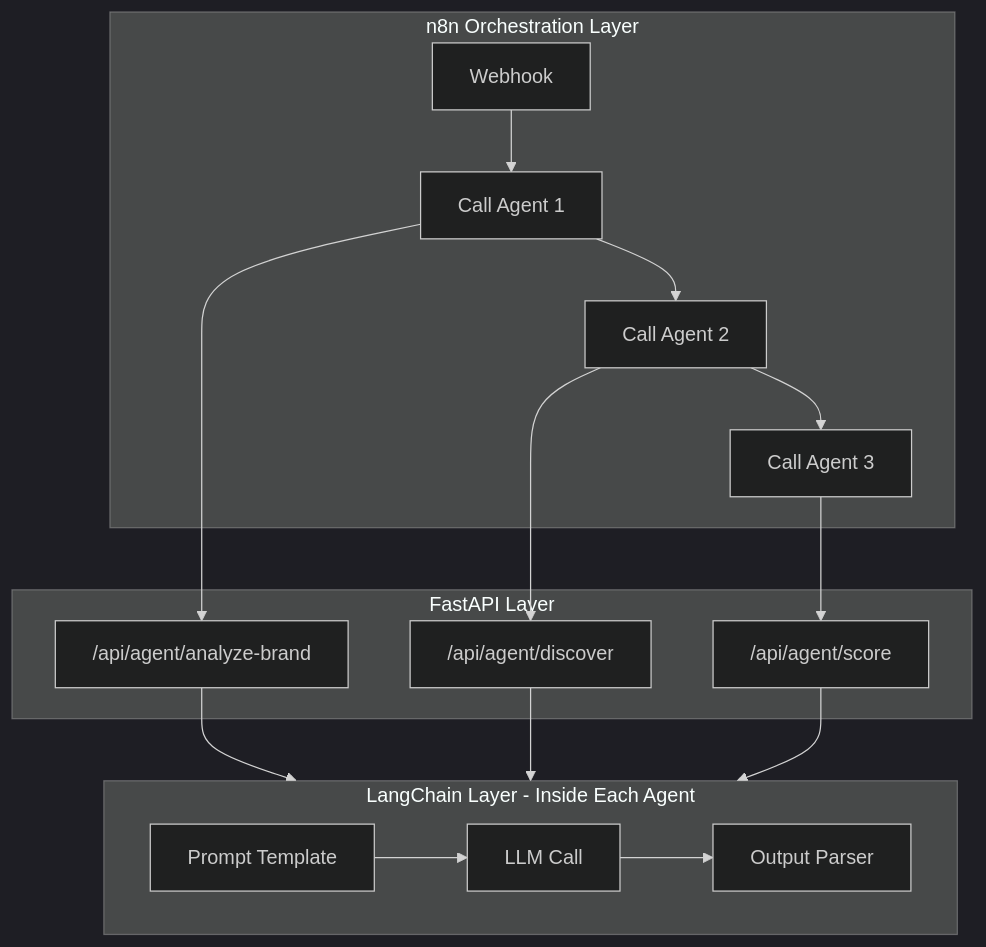
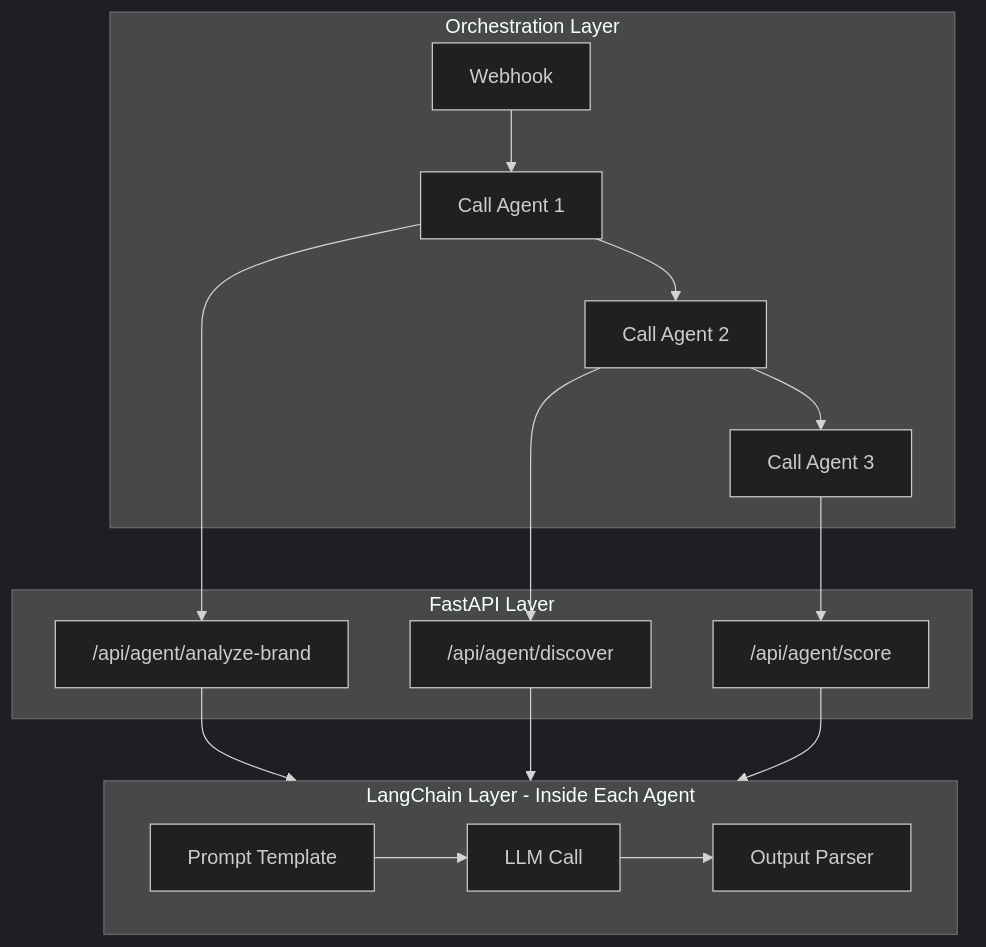
The third of 4 diagrams in docs/Agents_Documentation.md (ela-ravi/modern-partner-scout), drawn with Mermaid (dark theme) before and after one commit. The commit also changed other lines of this file and 44 other files, not shown here.

First line of the commit message:
refactor: Remove n8n dependency, use internal orchestration pipeline directly

````diff
--- a/docs/Agents_Documentation.md
+++ b/docs/Agents_Documentation.md
@@ -561,28 +559,28 @@
 ```mermaid
 flowchart TB
-    subgraph n8n [n8n Orchestration Layer]
+    subgraph pipeline [Orchestration Layer]
         W[Webhook] --> A[Call Agent 1]
         A --> B[Call Agent 2]
         B --> C[Call Agent 3]
     end
 
     subgraph fastapi [FastAPI Layer]
         E1["/api/agent/analyze-brand"]
         E2["/api/agent/discover"]
         E3["/api/agent/score"]
     end
 
     subgraph langchain [LangChain Layer - Inside Each Agent]
         L1[Prompt Template]
         L2[LLM Call]
         L3[Output Parser]
         L1 --> L2 --> L3
     end
 
     A --> E1
     B --> E2
     C --> E3
     E1 --> langchain
     E2 --> langchain
     E3 --> langchain
 ```
````
